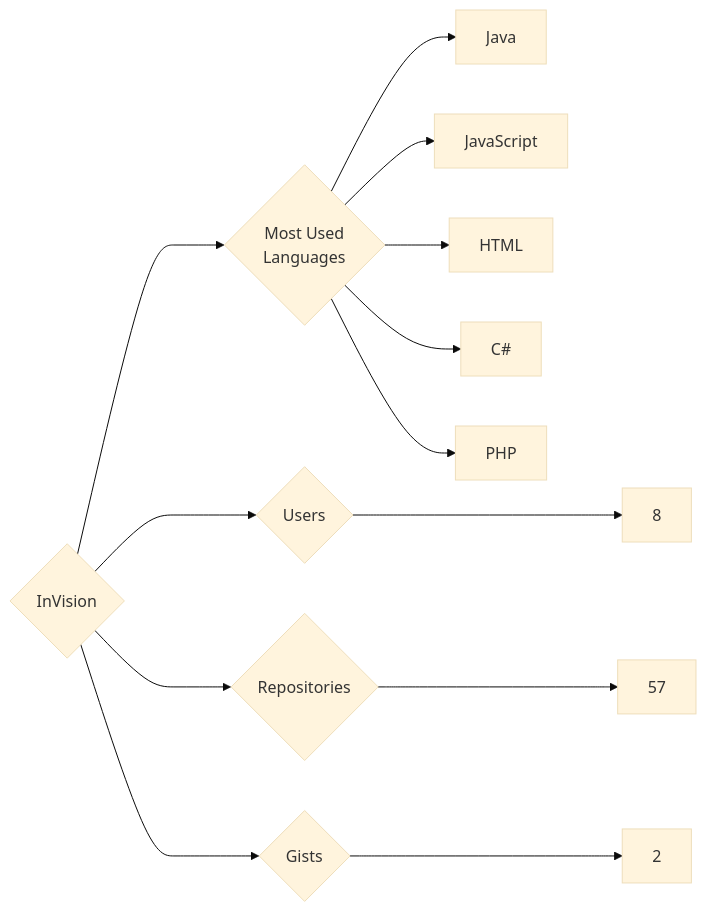
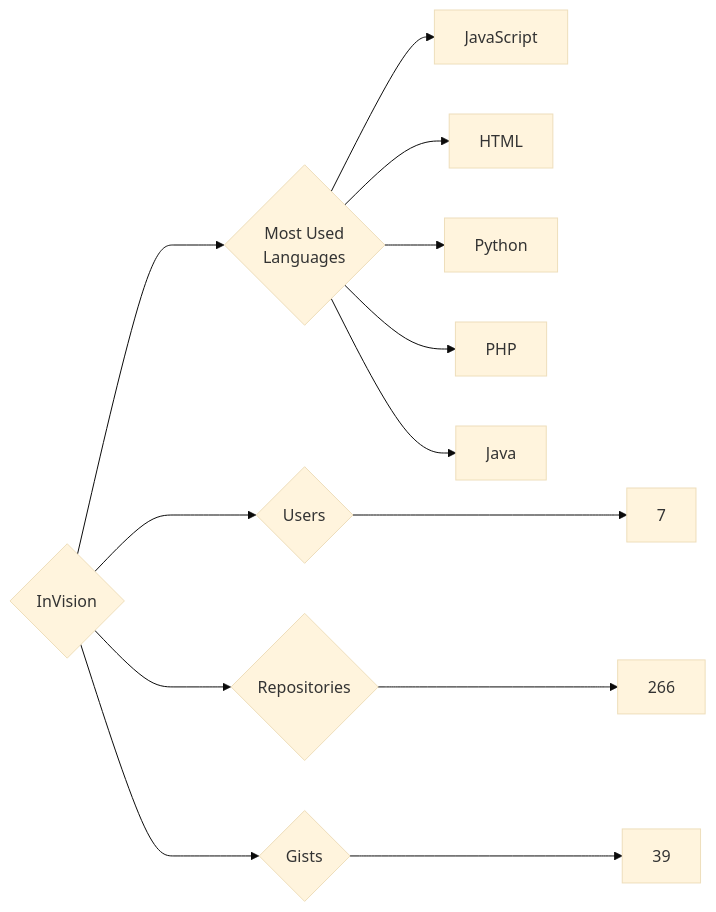
Before and after one commit to trickest/insiders: the diagram in targets/InVision/README.md, drawn with Mermaid (base theme). The commit also changed 840 other files, not shown here.

````diff
--- a/targets/InVision/README.md
+++ b/targets/InVision/README.md
@@ -3,13 +3,13 @@
 ```mermaid
 graph LR
 COMPANY_NAME{InVision}
-COMPANY_NAME ---> U{Users} ---> UN[8]
-COMPANY_NAME ---> R{Repositories} ---> RN[57]
-COMPANY_NAME ---> G{Gists} ---> GN[2]
+COMPANY_NAME ---> U{Users} ---> UN[7]
+COMPANY_NAME ---> R{Repositories} ---> RN[266]
+COMPANY_NAME ---> G{Gists} ---> GN[39]
 COMPANY_NAME ---> ML{Most Used<br>Languages}
-ML --> Java[Java]
 ML --> JavaScript[JavaScript]
 ML --> HTML[HTML]
-ML --> C#[C#]
+ML --> Python[Python]
 ML --> PHP[PHP]
+ML --> Java[Java]
 ```
````
